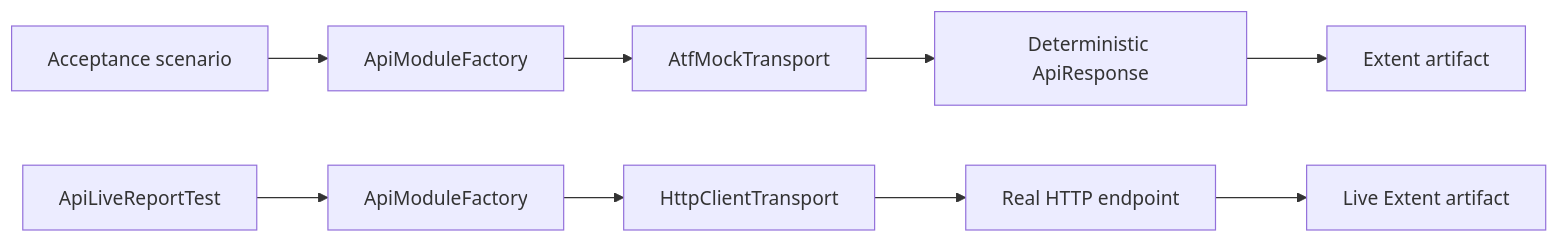
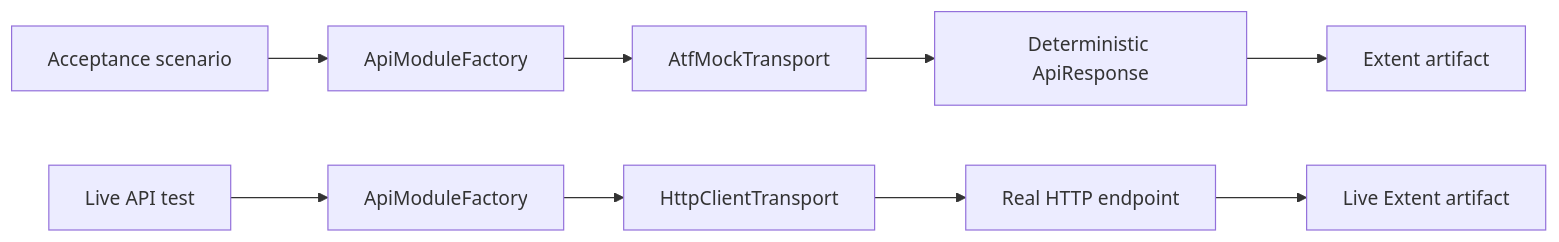
One commit to crististefanita/demo2 changed the third of 7 diagrams in docs/ATF_Architecture.md. Above: the diagram before and after it, drawn with Mermaid. The commit also changed other lines of this file and 385 other files, not shown here.

```diff
--- a/docs/ATF_Architecture.md
+++ b/docs/ATF_Architecture.md
@@ -103,12 +134,12 @@
 ~~~mermaid
 flowchart LR
     Scenario[Acceptance scenario] --> Factory[ApiModuleFactory]
     Factory --> Fake[AtfMockTransport]
     Fake --> Offline[Deterministic ApiResponse]
     Offline --> Report[Extent artifact]
 
-    Live[ApiLiveReportTest] --> FactoryLive[ApiModuleFactory]
+    Live[Live API test] --> FactoryLive[ApiModuleFactory]
     FactoryLive --> Http[HttpClientTransport]
     Http --> Server[Real HTTP endpoint]
     Server --> LiveReport[Live Extent artifact]
 ~~~
```
